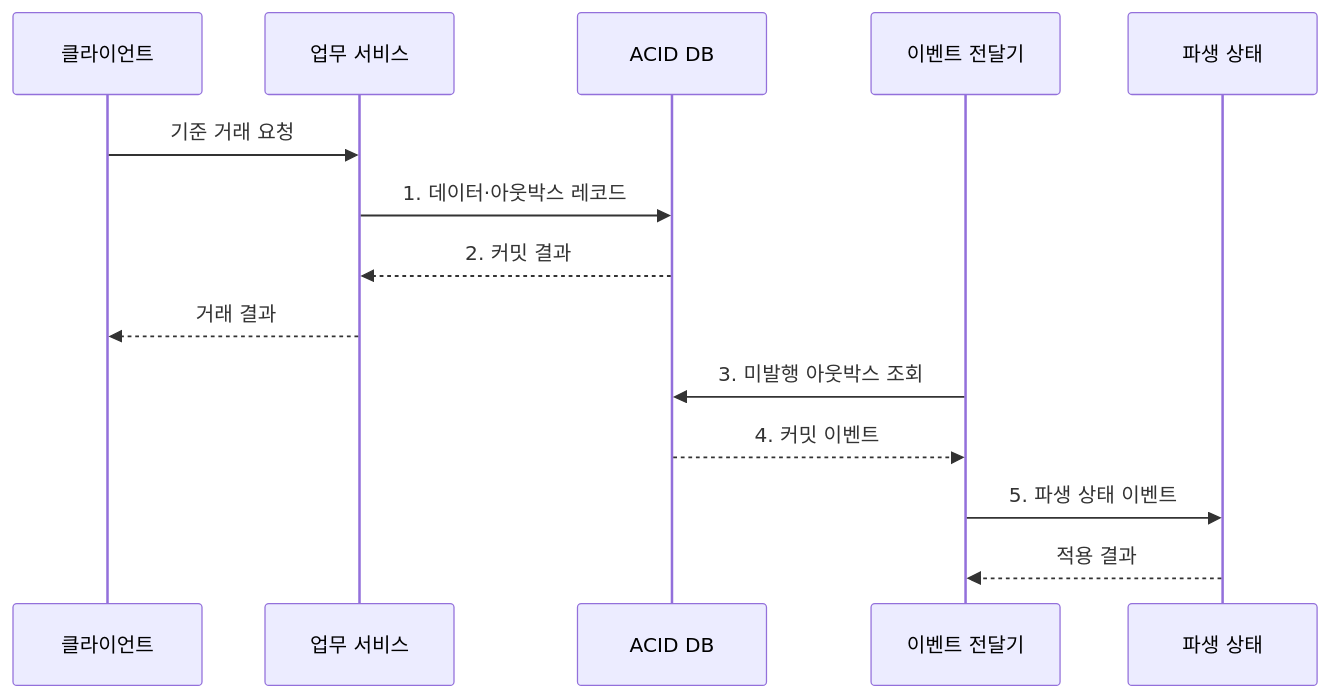
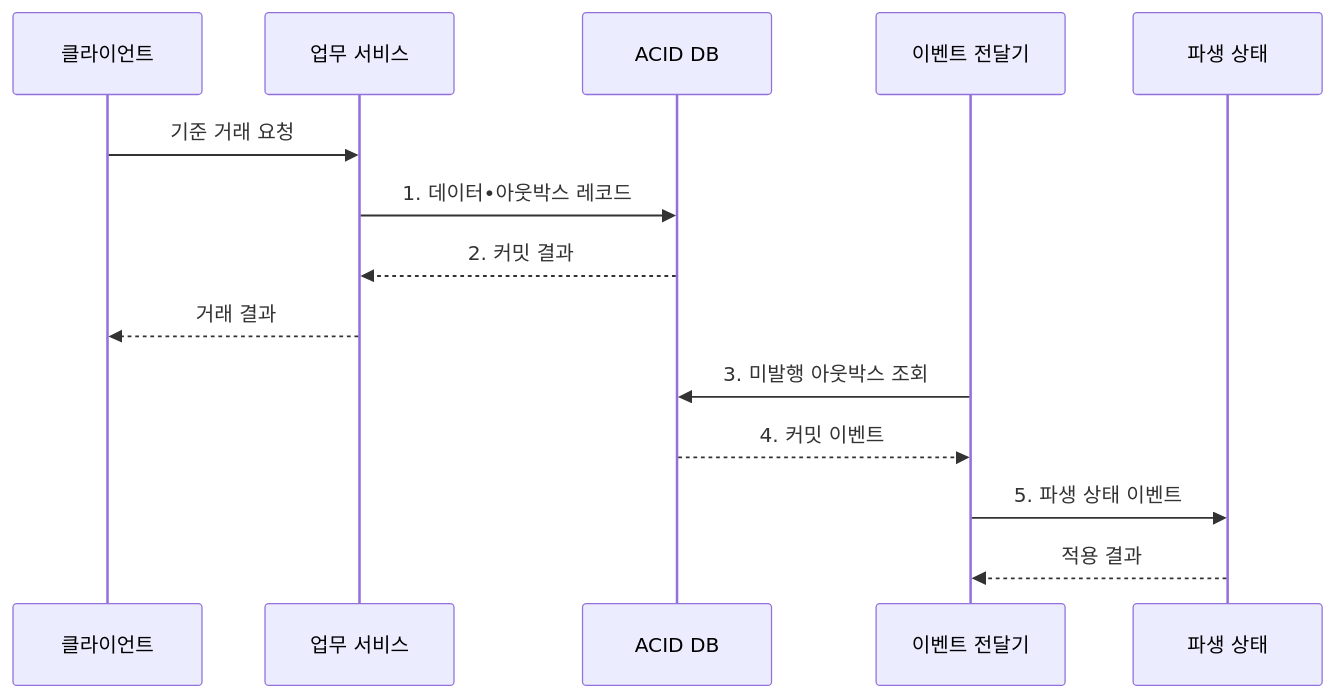
The second of 2 diagrams in src/content/docs/notes/03-software/104_base_vs_acid.md (agnusdei1207/knowledge-base), drawn with Mermaid before and after one commit. The commit also changed other lines of this file and 953 other files, not shown here.

````diff
--- a/src/content/docs/notes/03-software/104_base_vs_acid.md
+++ b/src/content/docs/notes/03-software/104_base_vs_acid.md
@@ -113,16 +113,16 @@
 ```mermaid
 sequenceDiagram
     participant C as 클라이언트
     participant S as 업무 서비스
     participant DB as ACID DB
     participant E as 이벤트 전달기
     participant V as 파생 상태
     C->>S: 기준 거래 요청
-    S->>DB: 1. 데이터·아웃박스 레코드
+    S->>DB: 1. 데이터•아웃박스 레코드
     DB-->>S: 2. 커밋 결과
     S-->>C: 거래 결과
     E->>DB: 3. 미발행 아웃박스 조회
     DB-->>E: 4. 커밋 이벤트
     E->>V: 5. 파생 상태 이벤트
     V-->>E: 적용 결과
 ```
````
